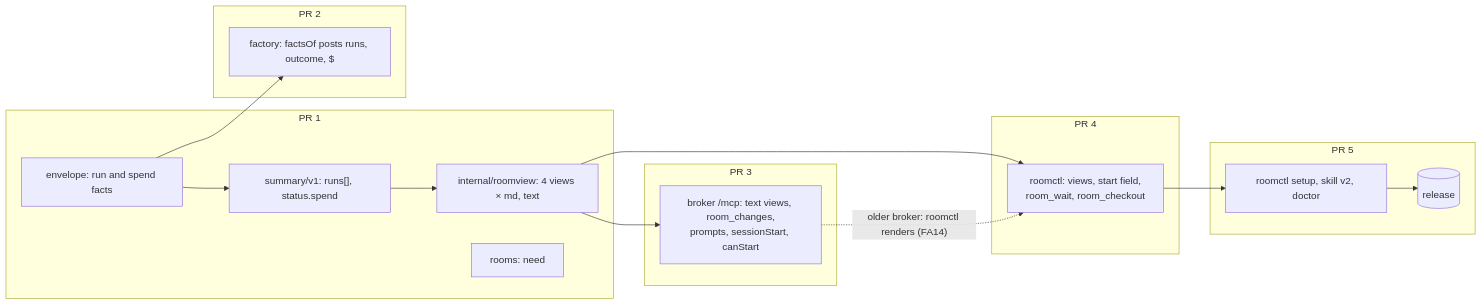
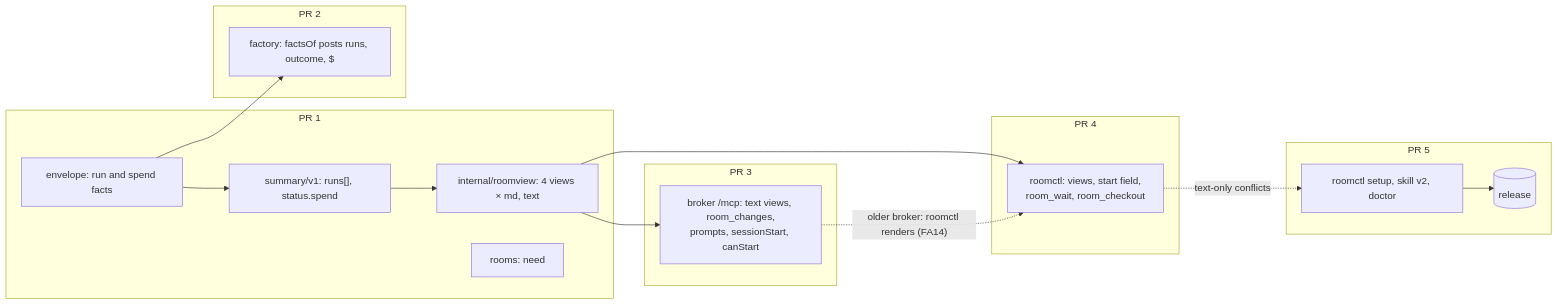
One commit to Smana/agent-platform changed the first of 2 diagrams in docs/superpowers/plans/2026-10-25-factory-from-your-agent-plan.md. Above: the diagram before and after it, drawn with Mermaid. The commit also changed other lines of this file, not shown here.

````diff
--- a/docs/superpowers/plans/2026-10-25-factory-from-your-agent-plan.md
+++ b/docs/superpowers/plans/2026-10-25-factory-from-your-agent-plan.md
@@ -19,25 +19,25 @@
 ```mermaid
 flowchart LR
   subgraph PR1["PR 1"]
     E["envelope: run and spend facts"] --> S["summary/v1: runs[], status.spend"]
     S --> V["internal/roomview: 4 views × md, text"]
     N["rooms: need"]
   end
   subgraph PR2["PR 2"]
     F["factory: factsOf posts runs, outcome, $"]
   end
   subgraph PR3["PR 3"]
     B["broker /mcp: text views, room_changes,<br/>prompts, sessionStart, canStart"]
   end
   subgraph PR4["PR 4"]
     R["roomctl: views, start field,<br/>room_wait, room_checkout"]
   end
   subgraph PR5["PR 5"]
     U["roomctl setup, skill v2, doctor"] --> REL[(release)]
   end
   E --> F
   V --> B
   V --> R
   B -.->|"older broker: roomctl renders (FA14)"| R
-  R --> U
+  R -.->|"text-only conflicts"| U
 ```
````
